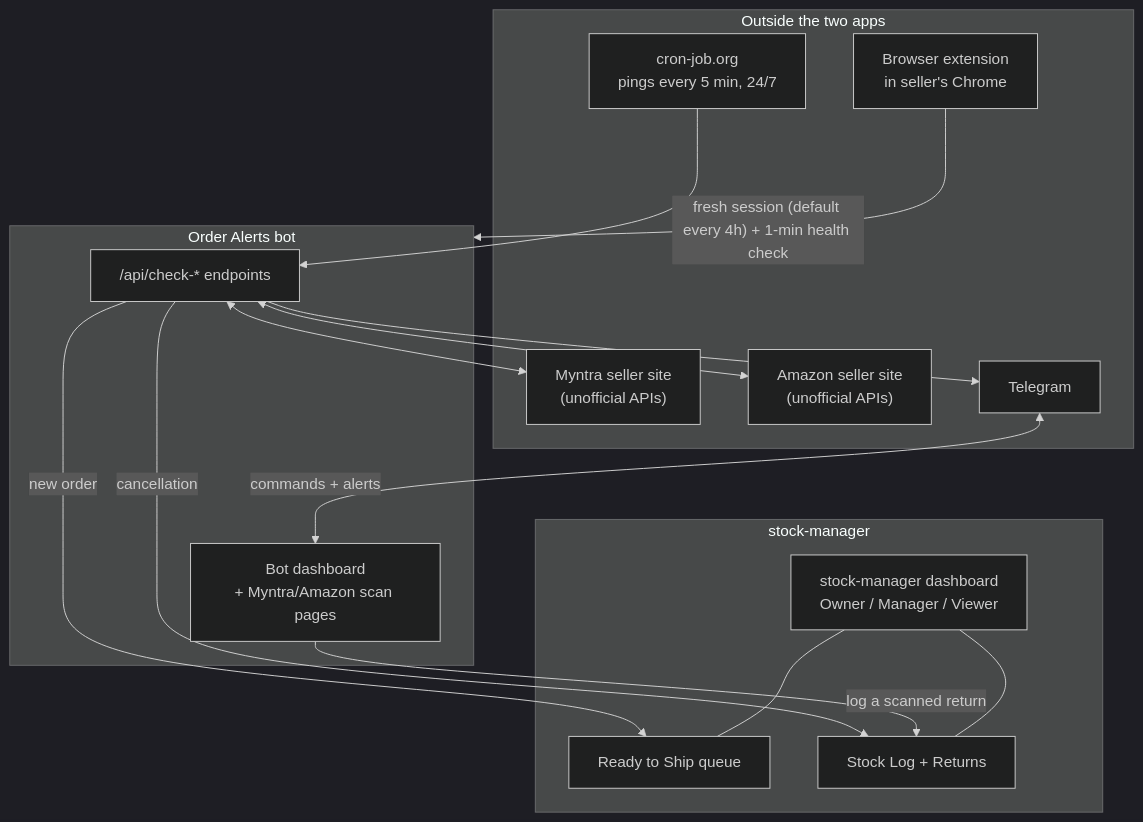
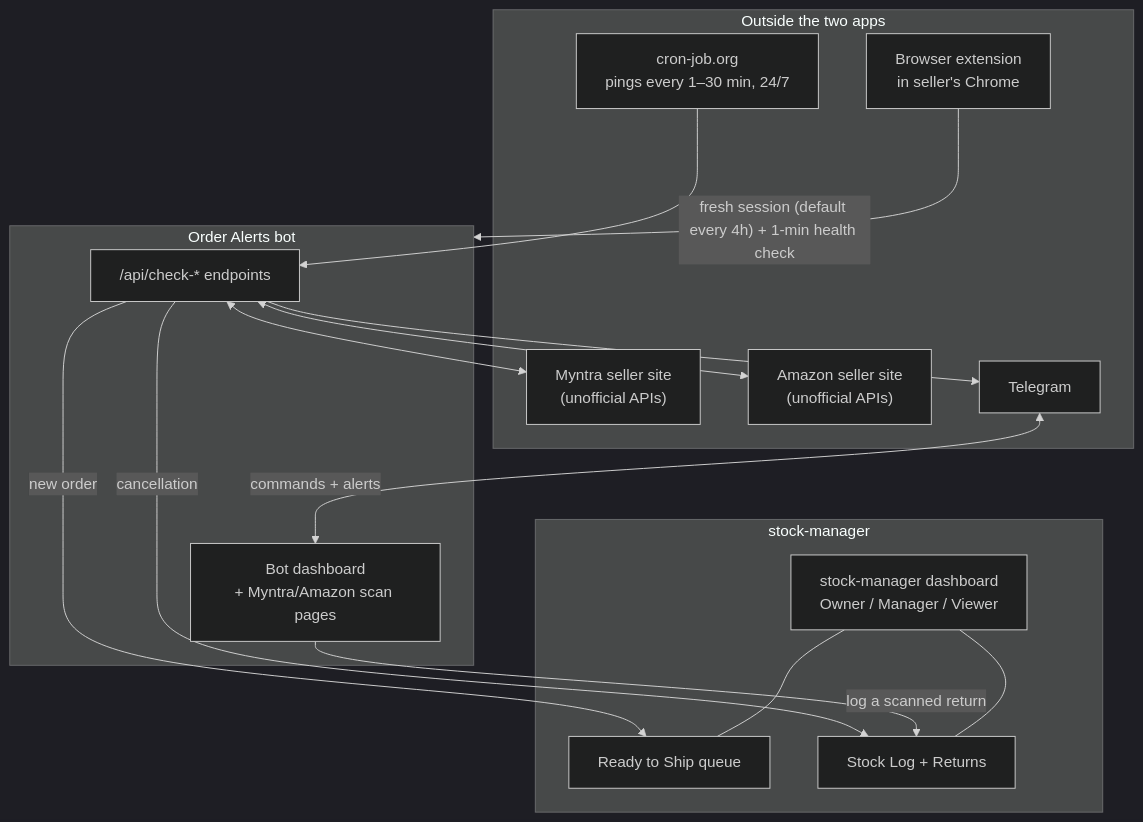
One commit to gauravjain231120/stock-manager changed the first of 6 diagrams in ARCHITECTURE.md. Above: the diagram before and after it, drawn with Mermaid (dark theme). The commit also changed other lines of this file, not shown here.

Commit message:
Docs: sync ARCHITECTURE.md (cron schedule)

````diff
--- a/ARCHITECTURE.md
+++ b/ARCHITECTURE.md
@@ -37,33 +37,33 @@
 ```mermaid
 flowchart TD
   subgraph OUT["Outside the two apps"]
-    CRONJOB["cron-job.org<br/>pings every 5 min, 24/7"]
+    CRONJOB["cron-job.org<br/>pings every 1–30 min, 24/7"]
     MYNTRA["Myntra seller site<br/>(unofficial APIs)"]
     AMAZON["Amazon seller site<br/>(unofficial APIs)"]
     TELE["Telegram"]
     EXT["Browser extension<br/>in seller's Chrome"]
   end
 
   subgraph BOTAPP["Order Alerts bot"]
     CHECKS["/api/check-* endpoints"]
     BOTDASH["Bot dashboard<br/>+ Myntra/Amazon scan pages"]
   end
 
   subgraph SMAPP["stock-manager"]
     QUEUE["Ready to Ship queue"]
     LOG["Stock Log + Returns"]
     SMDASH["stock-manager dashboard<br/>Owner / Manager / Viewer"]
   end
 
   CRONJOB --> CHECKS
   CHECKS <--> MYNTRA
   CHECKS <--> AMAZON
   CHECKS --> TELE
   CHECKS -->|"new order"| QUEUE
   CHECKS -->|"cancellation"| LOG
   EXT -->|"fresh session (default every 4h) + 1-min health check"| BOTAPP
   BOTDASH -->|"log a scanned return"| LOG
   TELE <-->|"commands + alerts"| BOTDASH
   SMDASH --- QUEUE
   SMDASH --- LOG
 ```
````
